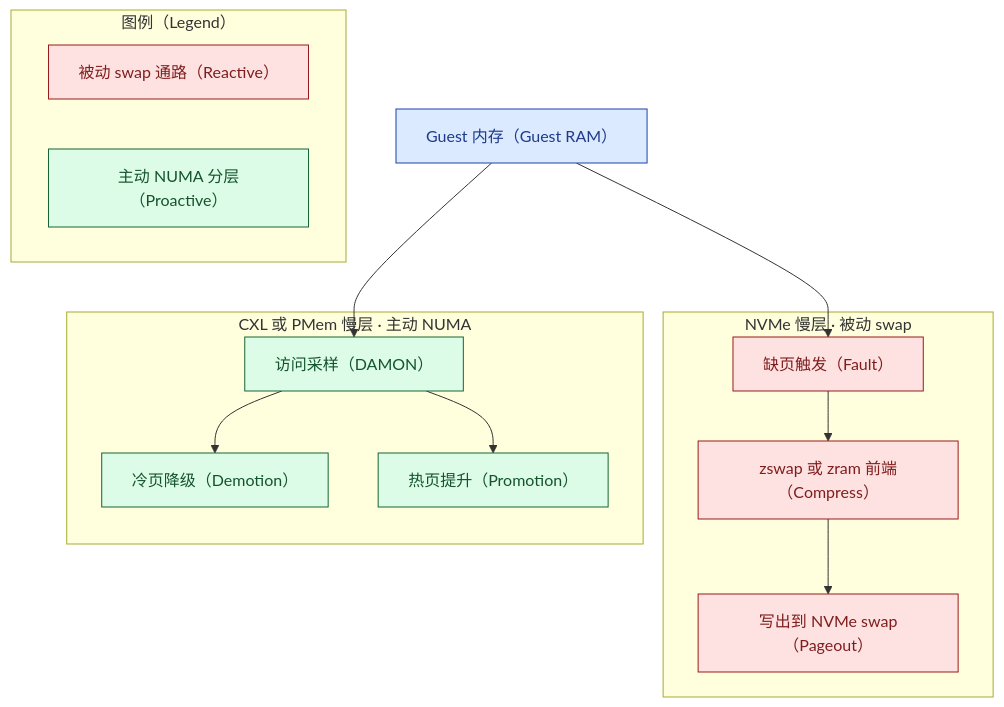
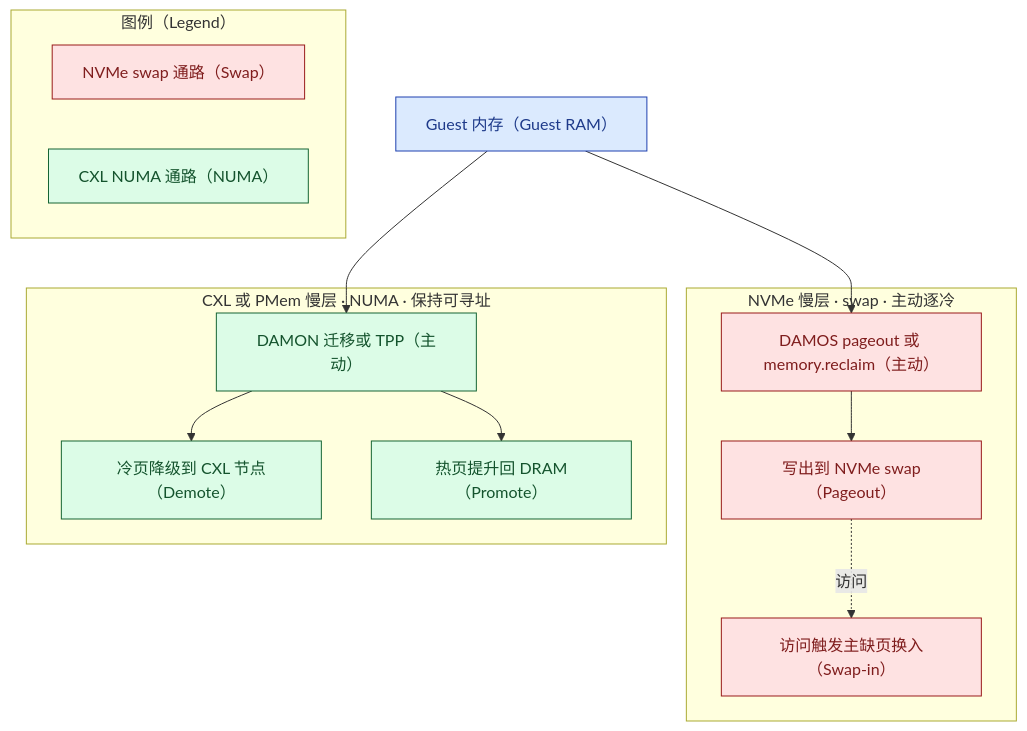
The first of 2 diagrams in docs/harness-sop/examples/memory-tiring-p2v/report.md (turtacn/storm), drawn with Mermaid before and after one commit. The commit also changed other lines of this file and 10 other files, not shown here.

````diff
--- a/docs/harness-sop/examples/memory-tiring-p2v/report.md
+++ b/docs/harness-sop/examples/memory-tiring-p2v/report.md
@@ -186,27 +144,28 @@
 ```mermaid
 graph TD
-    %% 两条分层数据通路：机制不同，分别评估
+    %% 两条分层通路：都有主动机制，区别在可寻址性
     subgraph LG[图例（Legend）]
-        LSWAP[被动 swap 通路（Reactive）]:::swapCls
-        LNUMA[主动 NUMA 分层（Proactive）]:::numaCls
+        LS[NVMe swap 通路（Swap）]:::swapCls
+        LN[CXL NUMA 通路（NUMA）]:::numaCls
     end
     G[Guest 内存（Guest RAM）]:::hostCls
-    subgraph NV[NVMe 慢层 · 被动 swap]
-        S1[缺页触发（Fault）]:::swapCls
-        S2[zswap 或 zram 前端（Compress）]:::swapCls
-        S3[写出到 NVMe swap（Pageout）]:::swapCls
-        S1 --> S2 --> S3
+    subgraph NV[NVMe 慢层 · swap · 主动逐冷]
+        S1[DAMOS pageout 或 memory.reclaim（主动）]:::swapCls
+        S2[写出到 NVMe swap（Pageout）]:::swapCls
+        S3[访问触发主缺页换入（Swap-in）]:::swapCls
+        S1 --> S2
+        S2 -.访问.-> S3
     end
-    subgraph CX[CXL 或 PMem 慢层 · 主动 NUMA]
-        C1[访问采样（DAMON）]:::numaCls
-        C2[冷页降级（Demotion）]:::numaCls
-        C3[热页提升（Promotion）]:::numaCls
+    subgraph CX[CXL 或 PMem 慢层 · NUMA · 保持可寻址]
+        C1[DAMON 迁移或 TPP（主动）]:::numaCls
+        C2[冷页降级到 CXL 节点（Demote）]:::numaCls
+        C3[热页提升回 DRAM（Promote）]:::numaCls
         C1 --> C2
         C1 --> C3
     end
     G --> S1
     G --> C1
     classDef swapCls fill:#fee2e2,stroke:#991b1b,color:#7f1d1d;
     classDef numaCls fill:#dcfce7,stroke:#166534,color:#14532d;
     classDef hostCls fill:#dbeafe,stroke:#1e40af,color:#1e3a8a;
 ```
````
